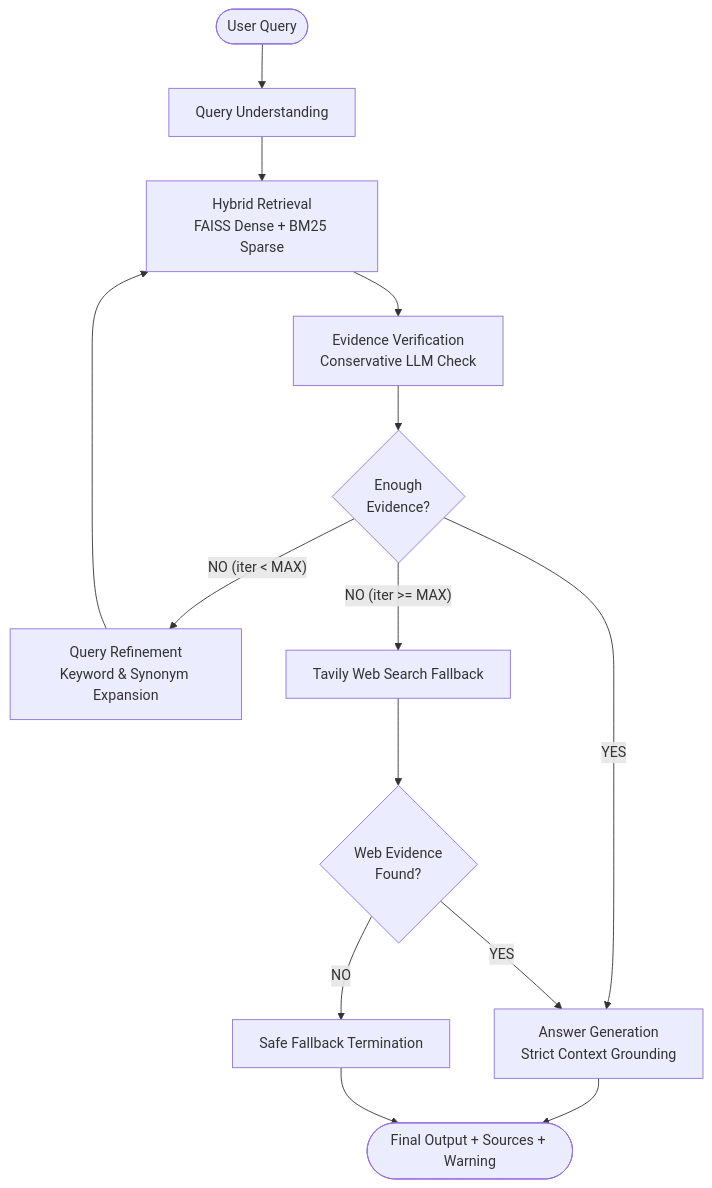
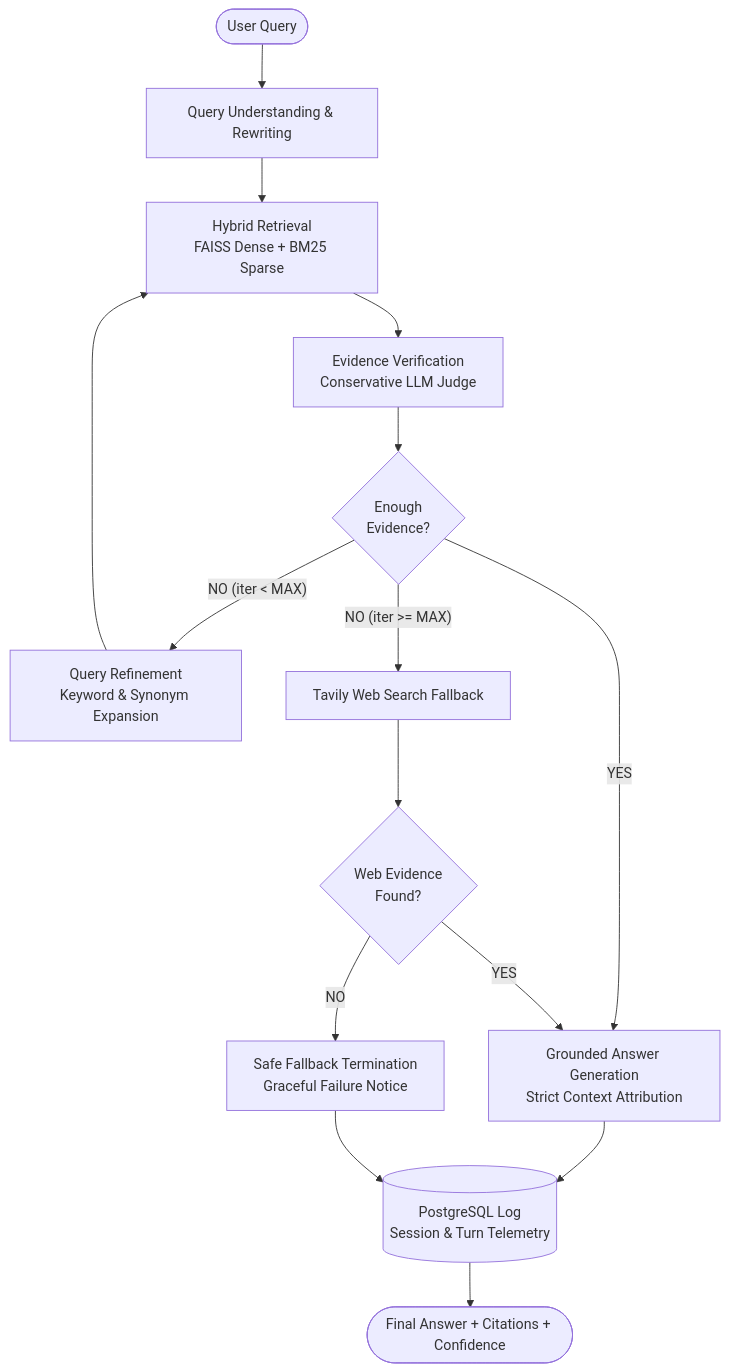
Before and after one commit to safal11goyal/CRAG: the diagram in README.md, drawn with Mermaid. The commit also changed other lines of this file, not shown here.

Commit message:
docs: update README with Streamlit UI, PostgreSQL persistence, and architecture details

````diff
--- a/README.md
+++ b/README.md
@@ -9,16 +55,19 @@
 ```mermaid
 flowchart TD
-    START([User Query]) --> UQ[Query Understanding]
+    START([User Query]) --> UQ[Query Understanding & Rewriting]
     UQ --> RET[Hybrid Retrieval\nFAISS Dense + BM25 Sparse]
-    RET --> VER[Evidence Verification\nConservative LLM Check]
+    RET --> VER[Evidence Verification\nConservative LLM Judge]
     VER --> DEC{Enough\nEvidence?}
-    DEC -- YES --> GEN[Answer Generation\nStrict Context Grounding]
-    GEN --> END([Final Output + Sources + Warning])
+    DEC -- "YES" --> GEN[Grounded Answer Generation\nStrict Context Attribution]
+    GEN --> DB[(PostgreSQL Log\nSession & Turn Telemetry)]
+    DB --> END([Final Answer + Citations + Confidence])
+    
     DEC -- "NO (iter < MAX)" --> IMP[Query Refinement\nKeyword & Synonym Expansion]
     IMP --> RET
+    
     DEC -- "NO (iter >= MAX)" --> WEB[Tavily Web Search Fallback]
     WEB --> DEC_WEB{Web Evidence\nFound?}
-    DEC_WEB -- YES --> GEN
-    DEC_WEB -- NO --> FAIL[Safe Fallback Termination]
-    FAIL --> END
+    DEC_WEB -- "YES" --> GEN
+    DEC_WEB -- "NO" --> FAIL[Safe Fallback Termination\nGraceful Failure Notice]
+    FAIL --> DB
 ```
````
